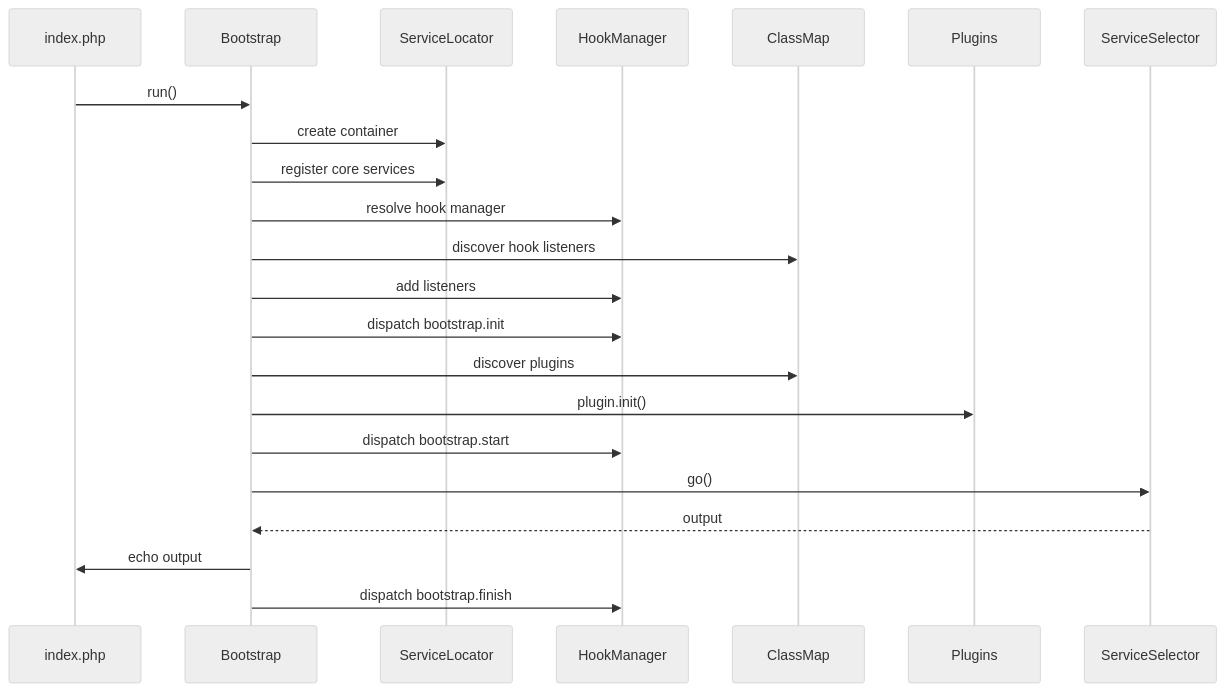
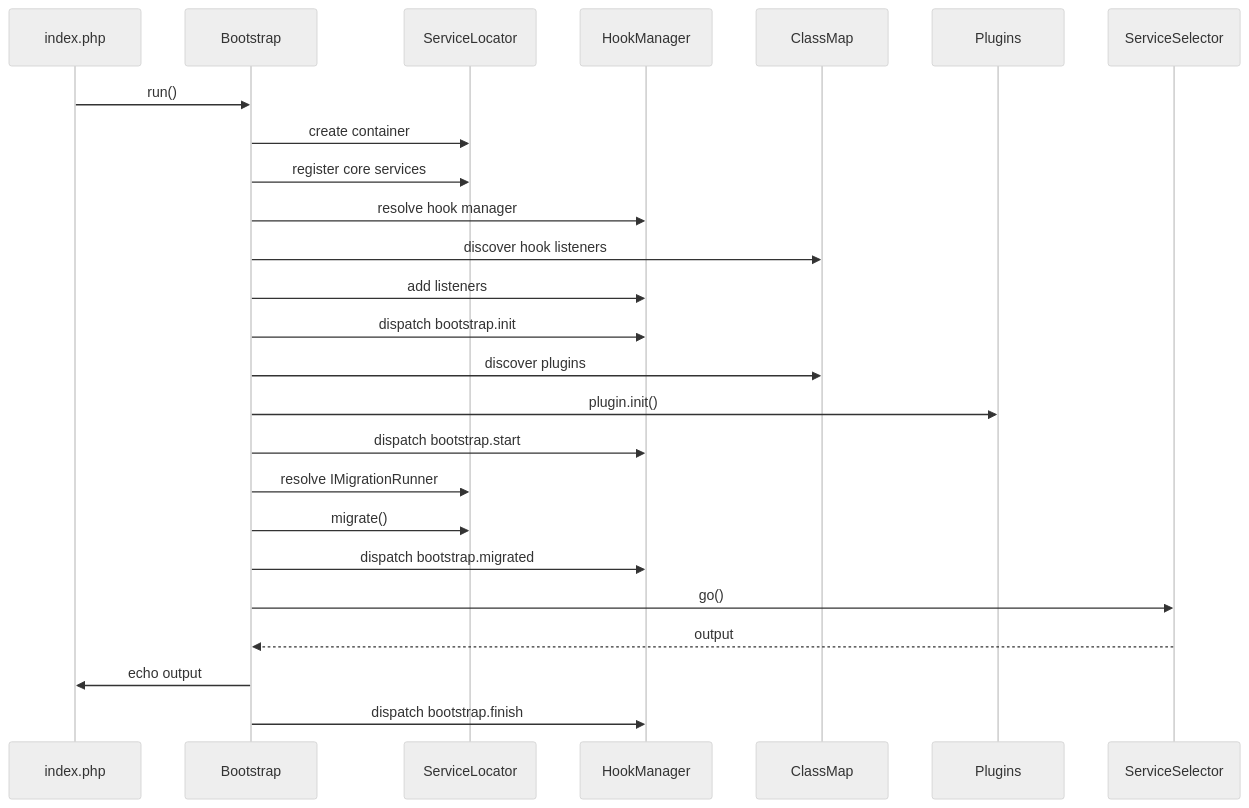
The second of 4 diagrams in docs/bootstrap.md (ddbase3/Base3Framework), drawn with Mermaid (neutral theme) before and after one commit. The commit also changed other lines of this file and 14 other files, not shown here.

````diff
--- a/docs/bootstrap.md
+++ b/docs/bootstrap.md
@@ -289,25 +292,28 @@
 ```mermaid id="7r80bz"
 sequenceDiagram
 	participant I as index.php
 	participant B as Bootstrap
 	participant C as ServiceLocator
 	participant H as HookManager
 	participant M as ClassMap
 	participant P as Plugins
 	participant S as ServiceSelector
 
 	I->>B: run()
 	B->>C: create container
 	B->>C: register core services
 	B->>H: resolve hook manager
 	B->>M: discover hook listeners
 	B->>H: add listeners
 	B->>H: dispatch bootstrap.init
 	B->>M: discover plugins
 	B->>P: plugin.init()
 	B->>H: dispatch bootstrap.start
+	B->>C: resolve IMigrationRunner
+	B->>C: migrate()
+	B->>H: dispatch bootstrap.migrated
 	B->>S: go()
 	S-->>B: output
 	B->>I: echo output
 	B->>H: dispatch bootstrap.finish
 ```
````
